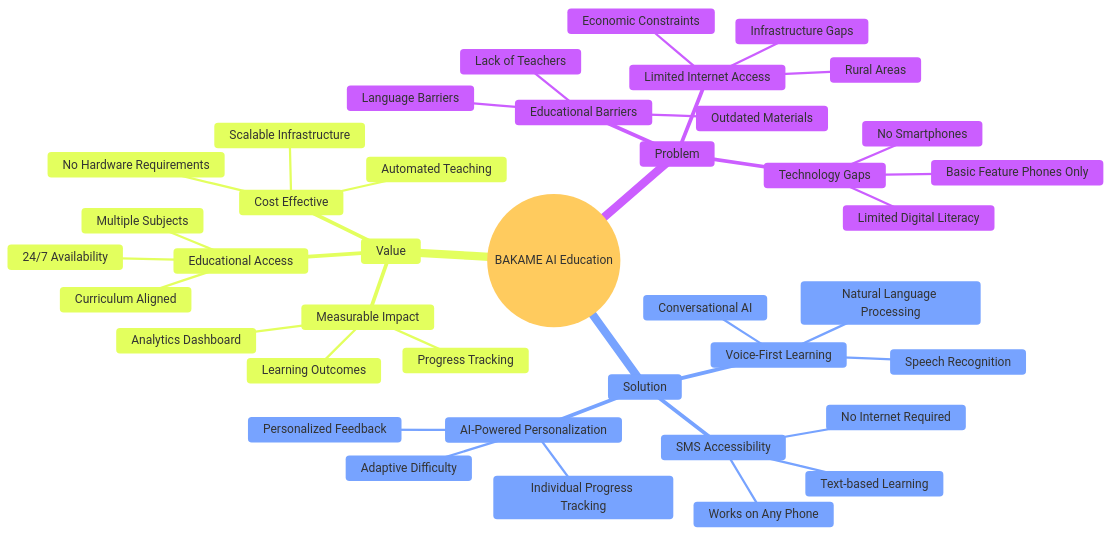
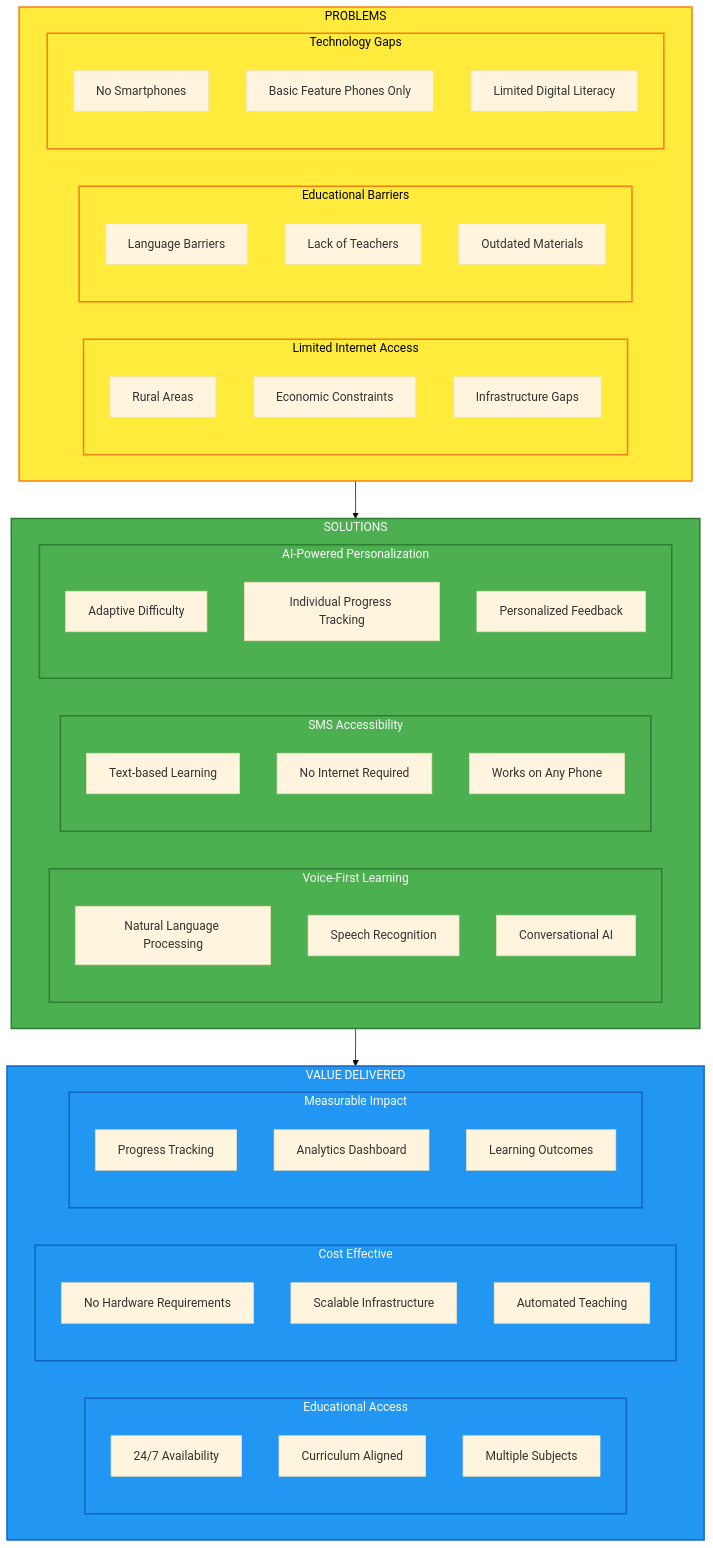
One commit to bakameai/mvp changed the first of 6 diagrams in docs/value_proposition_diagram.md. Above: the diagram before and after it, drawn with Mermaid (base theme). The commit also changed 1 other file, not shown here.

Commit message:
Fix value proposition diagram colors and remove emojis for corporate styling
- Update problem-solution framework to use flowchart with yellow backgrounds for better visibility
- Remove emojis from admin dashboard wireframes component library
- Maintain professional corporate document styling throughout all documentation

All documentation now follows corporate standards without emojis.

````diff
--- a/docs/value_proposition_diagram.md
+++ b/docs/value_proposition_diagram.md
@@ -5,43 +5,67 @@
 ```mermaid
-mindmap
-  root((BAKAME AI Education))
-    Problem
-      Limited Internet Access
-        Rural Areas
-        Economic Constraints
-        Infrastructure Gaps
-      Educational Barriers
-        Language Barriers
-        Lack of Teachers
-        Outdated Materials
-      Technology Gaps
-        No Smartphones
-        Basic Feature Phones Only
-        Limited Digital Literacy
-    Solution
-      Voice-First Learning
-        Natural Language Processing
-        Speech Recognition
-        Conversational AI
-      SMS Accessibility
-        Text-based Learning
-        No Internet Required
-        Works on Any Phone
-      AI-Powered Personalization
-        Adaptive Difficulty
-        Individual Progress Tracking
-        Personalized Feedback
-    Value
-      Educational Access
-        24/7 Availability
-        Curriculum Aligned
-        Multiple Subjects
-      Cost Effective
-        No Hardware Requirements
-        Scalable Infrastructure
-        Automated Teaching
-      Measurable Impact
-        Progress Tracking
-        Analytics Dashboard
-        Learning Outcomes
+flowchart TD
+    subgraph Problem ["PROBLEMS" ]
+        subgraph P1 ["Limited Internet Access"]
+            P1A[Rural Areas]
+            P1B[Economic Constraints]
+            P1C[Infrastructure Gaps]
+        end
+        subgraph P2 ["Educational Barriers"]
+            P2A[Language Barriers]
+            P2B[Lack of Teachers]
+            P2C[Outdated Materials]
+        end
+        subgraph P3 ["Technology Gaps"]
+            P3A[No Smartphones]
+            P3B[Basic Feature Phones Only]
+            P3C[Limited Digital Literacy]
+        end
+    end
+    
+    subgraph Solution ["SOLUTIONS"]
+        subgraph S1 ["Voice-First Learning"]
+            S1A[Natural Language Processing]
+            S1B[Speech Recognition]
+            S1C[Conversational AI]
+        end
+        subgraph S2 ["SMS Accessibility"]
+            S2A[Text-based Learning]
+            S2B[No Internet Required]
+            S2C[Works on Any Phone]
+        end
+        subgraph S3 ["AI-Powered Personalization"]
+            S3A[Adaptive Difficulty]
+            S3B[Individual Progress Tracking]
+            S3C[Personalized Feedback]
+        end
+    end
+    
+    subgraph Value ["VALUE DELIVERED"]
+        subgraph V1 ["Educational Access"]
+            V1A[24/7 Availability]
+            V1B[Curriculum Aligned]
+            V1C[Multiple Subjects]
+        end
+        subgraph V2 ["Cost Effective"]
+            V2A[No Hardware Requirements]
+            V2B[Scalable Infrastructure]
+            V2C[Automated Teaching]
+        end
+        subgraph V3 ["Measurable Impact"]
+            V3A[Progress Tracking]
+            V3B[Analytics Dashboard]
+            V3C[Learning Outcomes]
+        end
+    end
+    
+    Problem --> Solution
+    Solution --> Value
+    
+    classDef problemStyle fill:#ffeb3b,stroke:#f57f17,stroke-width:2px,color:#000
+    classDef solutionStyle fill:#4caf50,stroke:#2e7d32,stroke-width:2px,color:#fff
+    classDef valueStyle fill:#2196f3,stroke:#1565c0,stroke-width:2px,color:#fff
+    
+    class Problem,P1,P2,P3 problemStyle
+    class Solution,S1,S2,S3 solutionStyle
+    class Value,V1,V2,V3 valueStyle
 ```
````
